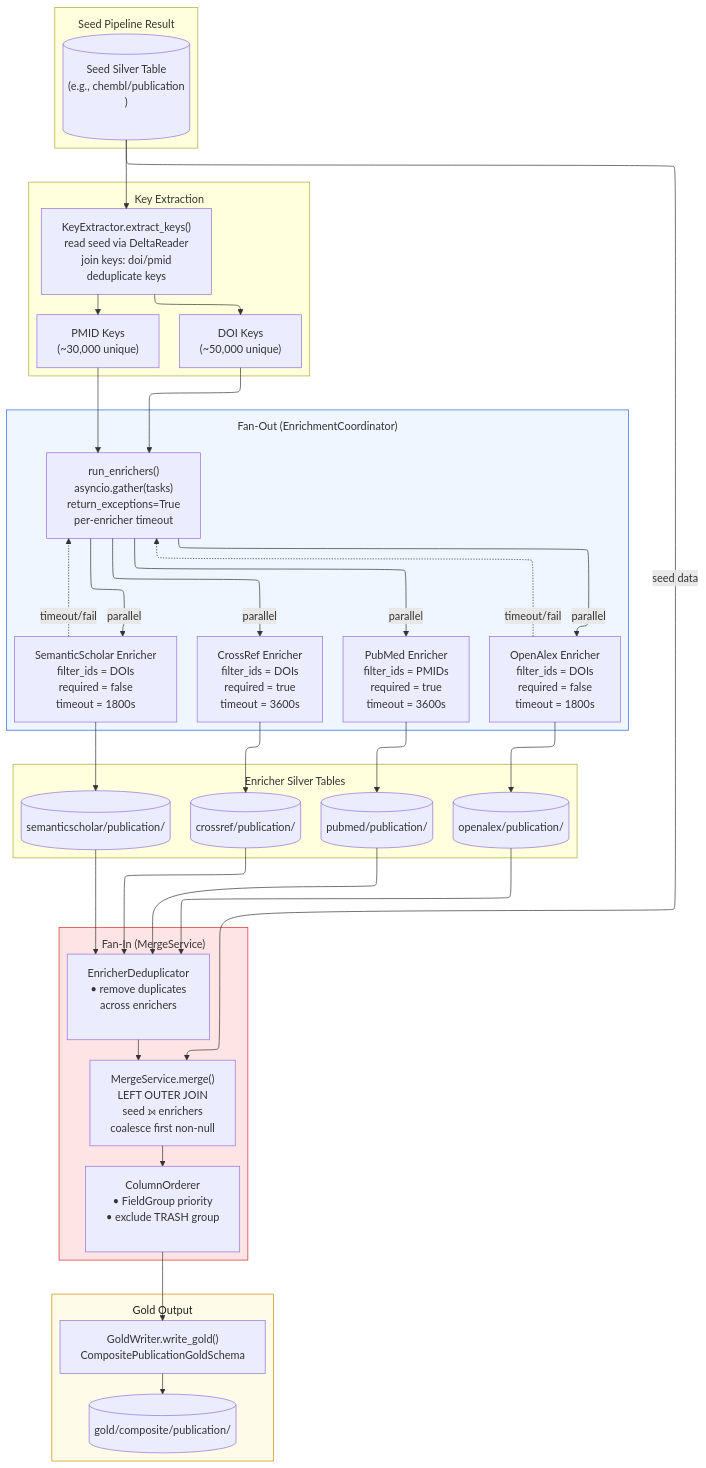
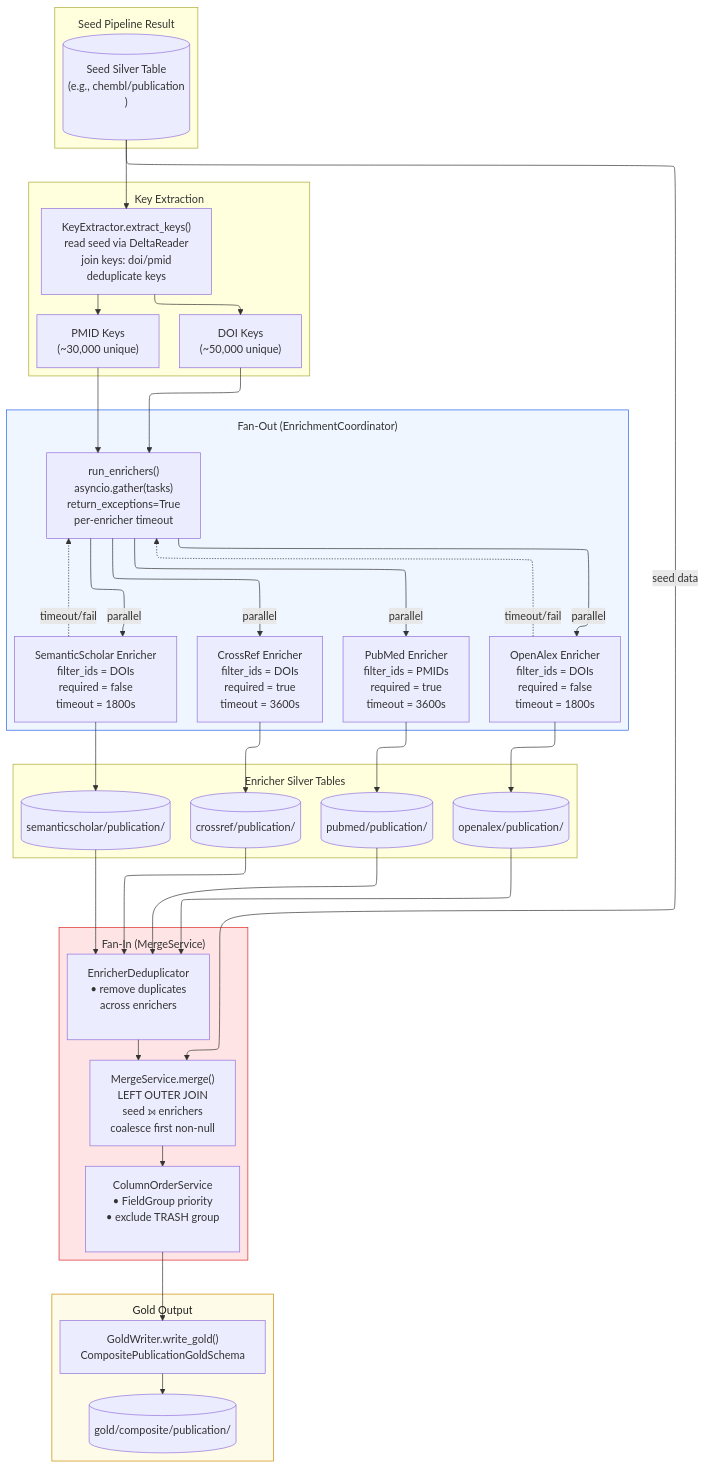
Before and after one commit to SatoryKono/BioactivityDataAcquisition: the diagram in docs/02-architecture/diagrams/foundation/43-fan-out-fan-in-pattern.mmd, drawn with Mermaid. The commit also changed 12 other files, not shown here.

```diff
--- a/docs/02-architecture/diagrams/foundation/43-fan-out-fan-in-pattern.mmd
+++ b/docs/02-architecture/diagrams/foundation/43-fan-out-fan-in-pattern.mmd
@@ -1,85 +1,85 @@
 %% Title: Fan-Out/Fan-In Pattern — Composite Pipeline Enrichment
 %% Covers: ADR-026 (Composite Pipeline Pattern), application/composite/
 %% Rank: 18 (Score 8.00) — Parallel enrichment via asyncio.gather
 %% Updated: 2026-02-17
 
 %% @version 1.0.0
 %% @date    2026-02-24
 %% @type    flowchart
 %% @level   Mixed (System / Component / Class)
 %% @nodes   18
 %%{init: {
   'flowchart': {
     'subGraphTitleMargin': { 'top': 12, 'bottom': 12 }
   },
   'layout': 'elk',
   'elk': {
     'mergeEdges': true,
     'nodePlacementStrategy': 'BRANDES_KOEPF',
     'edgeRouting': 'ORTHOGONAL'
   }
 }}%%
 %% @uniform width=376 height=128 max_title_len=37 max_desc_lines=5
 flowchart TB
     subgraph Seed["Seed Pipeline Result"]
         SS[("Seed Silver Table<br/>(e.g., chembl/publication<br/>)<br/><br/>")]
     end
 
     subgraph Extract["Key Extraction"]
         KE["KeyExtractor.extract_keys()<br/>read seed via DeltaReader<br/>join keys: doi/pmid<br/>deduplicate keys"]
         DOIS["DOI Keys<br/>(~50,000 unique)<br/>"]
         PMIDS["PMID Keys<br/>(~30,000 unique)<br/>"]
     end
 
     subgraph FanOut["Fan-Out (EnrichmentCoordinator)"]
         EC["run_enrichers()<br/>asyncio.gather(tasks)<br/>return_exceptions=True<br/>per-enricher timeout"]
         E1["CrossRef Enricher<br/>filter_ids = DOIs<br/>required = true<br/>timeout = 3600s<br/>"]
         E2["PubMed Enricher<br/>filter_ids = PMIDs<br/>required = true<br/>timeout = 3600s<br/>"]
         E3["OpenAlex Enricher<br/>filter_ids = DOIs<br/>required = false<br/>timeout = 1800s<br/>"]
         E4["SemanticScholar Enricher<br/>filter_ids = DOIs<br/>required = false<br/>timeout = 1800s<br/>"]
     end
 
     subgraph Results["Enricher Silver Tables"]
         R1[("crossref/publication/"<br/>)]
         R2[("pubmed/publication/"<br/>)]
         R3[("openalex/publication/"<br/>)]
         R4[("semanticscholar/publication/"<br/>)]
     end
 
     subgraph FanIn["Fan-In (MergeService)"]
         DD["EnricherDeduplicator<br/>• remove duplicates<br/>across enrichers<br/><br/>"]
         MS["MergeService.merge()<br/>LEFT OUTER JOIN<br/>seed ⟕ enrichers<br/>coalesce first non-null"]
-        CO["ColumnOrderer<br/>• FieldGroup priority<br/>• exclude TRASH group<br/><br/>"]
+        CO["ColumnOrderService<br/>• FieldGroup priority<br/>• exclude TRASH group<br/><br/>"]
     end
 
     subgraph Output["Gold Output"]
         GW["GoldWriter.write_gold()<br/>CompositePublicationGoldSchema<br/>"]
         GT[("gold/composite/publication/"<br/>)]
     end
 
     %% Flow
     SS --> KE
     KE --> DOIS & PMIDS
 
     DOIS --> EC
     PMIDS --> EC
     EC -->|"parallel"| E1 & E2 & E3 & E4
 
     E1 --> R1
     E2 --> R2
     E3 --> R3
     E4 --> R4
 
     R1 & R2 & R3 & R4 --> DD
     DD --> MS
     SS -->|"seed data"| MS
     MS --> CO --> GW --> GT
 
     %% Error handling
     E3 -.->|"timeout/fail"| EC
     E4 -.->|"timeout/fail"| EC
 
     %% Styling
     style FanOut fill:#eff6ff,stroke:#2563eb
     style FanIn fill:#ffe4e6,stroke:#dc2626
     style Output fill:#fefce8,stroke:#ca8a04,color:#212121
```
